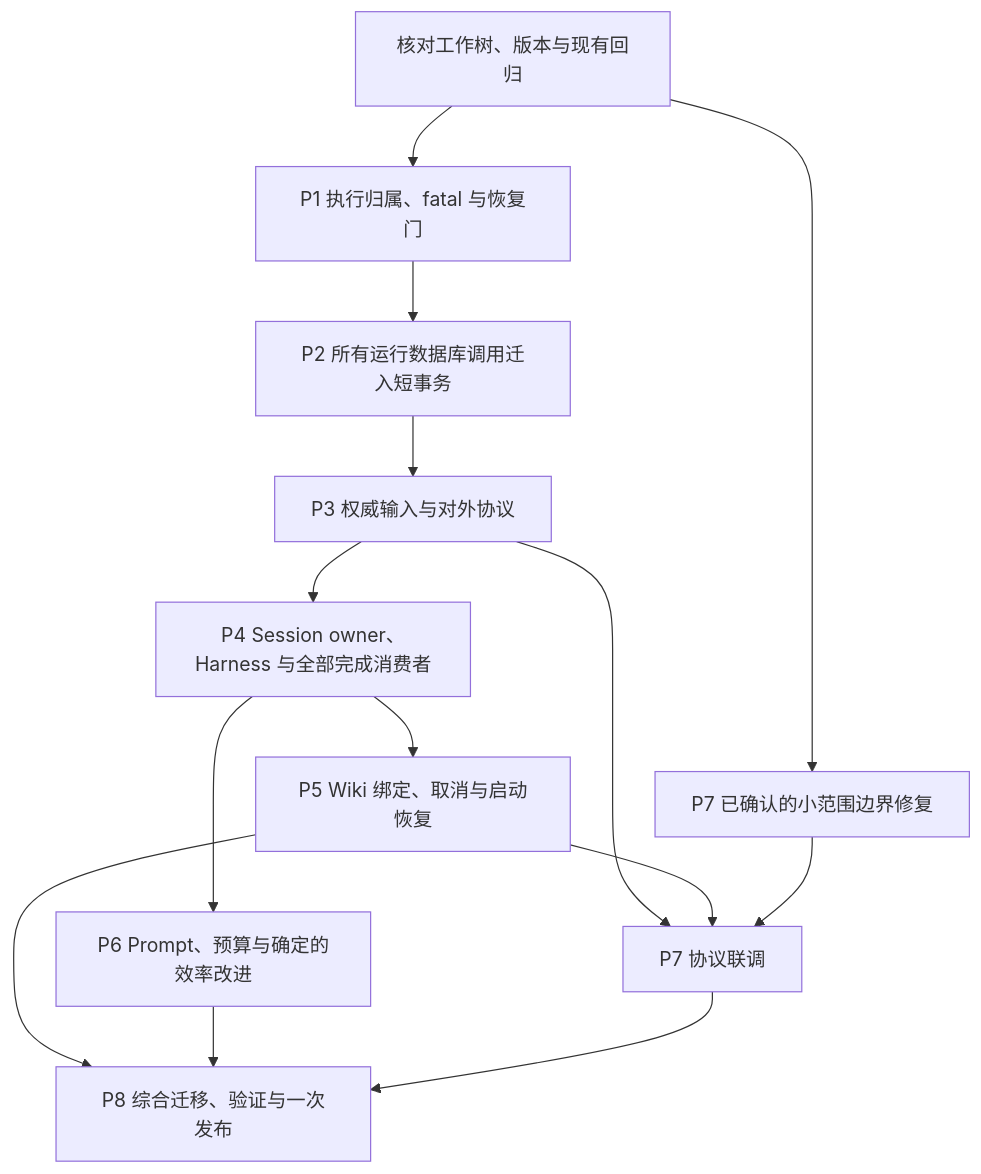
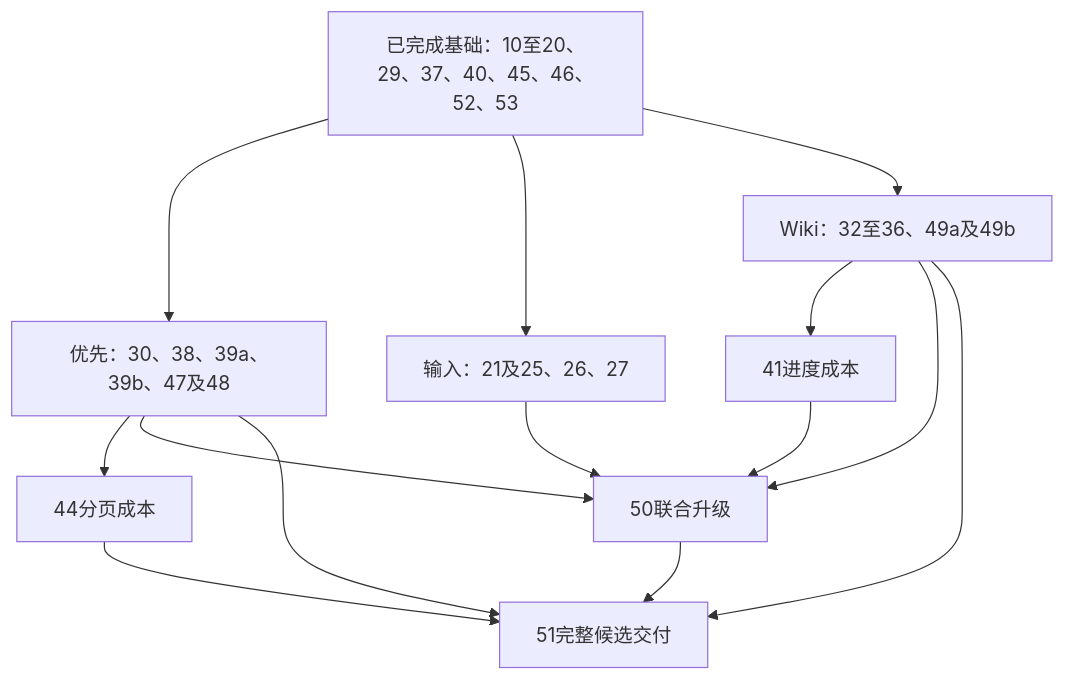
The diagram in docs/plans/minimal-architecture-execution-20261020.md (Danuvius152/Octopus), drawn with Mermaid before and after one commit. The commit also changed other lines of this file and 88 other files, not shown here.

````diff
--- a/docs/plans/minimal-architecture-execution-20261020.md
+++ b/docs/plans/minimal-architecture-execution-20261020.md
@@ -77,16 +96,17 @@
 ```mermaid
 flowchart TD
-    B[核对工作树、版本与现有回归] --> P1[P1 执行归属、fatal 与恢复门]
-    P1 --> P2[P2 所有运行数据库调用迁入短事务]
-    P2 --> P3[P3 权威输入与对外协议]
-    P3 --> P4[P4 Session owner、Harness 与全部完成消费者]
-    P4 --> P5[P5 Wiki 绑定、取消与启动恢复]
-    P4 --> P6[P6 Prompt、预算与确定的效率改进]
-    B --> P7[P7 已确认的小范围边界修复]
-    P3 --> J[P7 协议联调]
-    P5 --> J
-    P7 --> J
-    P5 --> P8[P8 综合迁移、验证与一次发布]
-    P6 --> P8
-    J --> P8
+    B[已完成基础：10至20、29、37、40、45、46、52、53]
+    B --> A[优先：30、38、39a、39b、47及48]
+    B --> I[输入：21及25、26、27]
+    B --> W[Wiki：32至36、49a及49b]
+    W --> E[41进度成本]
+    A --> Q[44分页成本]
+    I --> M[50联合升级]
+    A --> M
+    W --> M
+    E --> M
+    M --> F[51完整候选交付]
+    Q --> F
+    W --> F
+    A --> F
 ```
````
